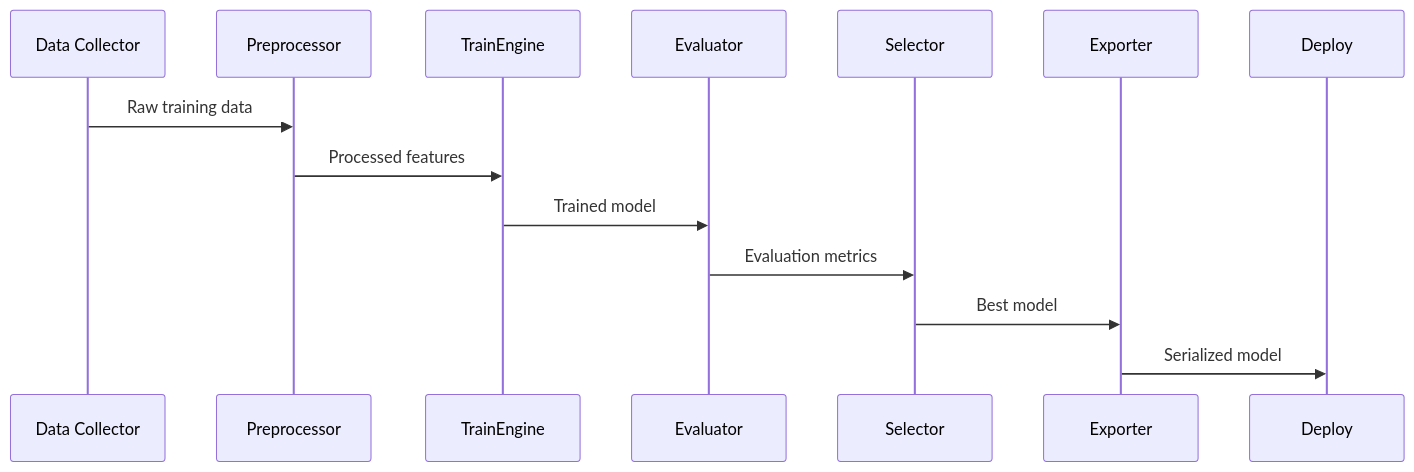
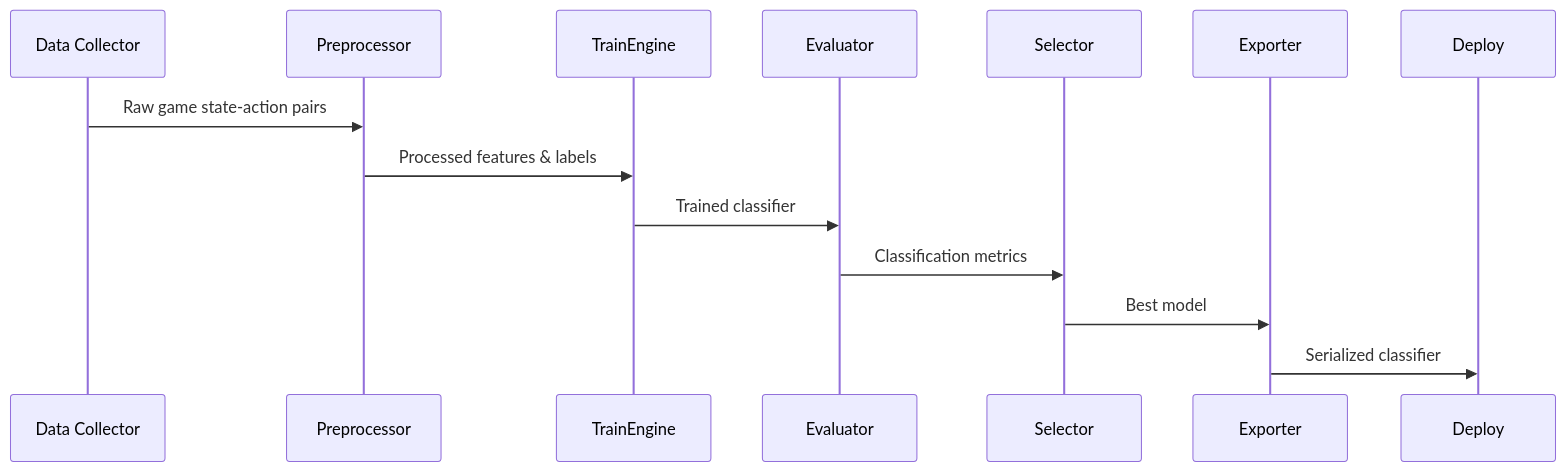
The sixth of 8 diagrams in plan/05-Model/02-Training/01-training-pipeline.md (Evintkoo/2048-ml), drawn with Mermaid before and after one commit. The commit also changed other lines of this file and 14 other files, not shown here.

````diff
--- a/plan/05-Model/02-Training/01-training-pipeline.md
+++ b/plan/05-Model/02-Training/01-training-pipeline.md
@@ -97,16 +102,16 @@
 ```mermaid
 sequenceDiagram
     participant Data as Data Collector
     participant Preprocess as Preprocessor
     participant Train as TrainEngine
     participant Eval as Evaluator
     participant Select as Selector
     participant Export as Exporter
     
-    Data->>Preprocess: Raw training data
-    Preprocess->>Train: Processed features
-    Train->>Eval: Trained model
-    Eval->>Select: Evaluation metrics
+    Data->>Preprocess: Raw game state-action pairs
+    Preprocess->>Train: Processed features & labels
+    Train->>Eval: Trained classifier
+    Eval->>Select: Classification metrics
     Select->>Export: Best model
-    Export->>Deploy: Serialized model
+    Export->>Deploy: Serialized classifier
 ```
````
